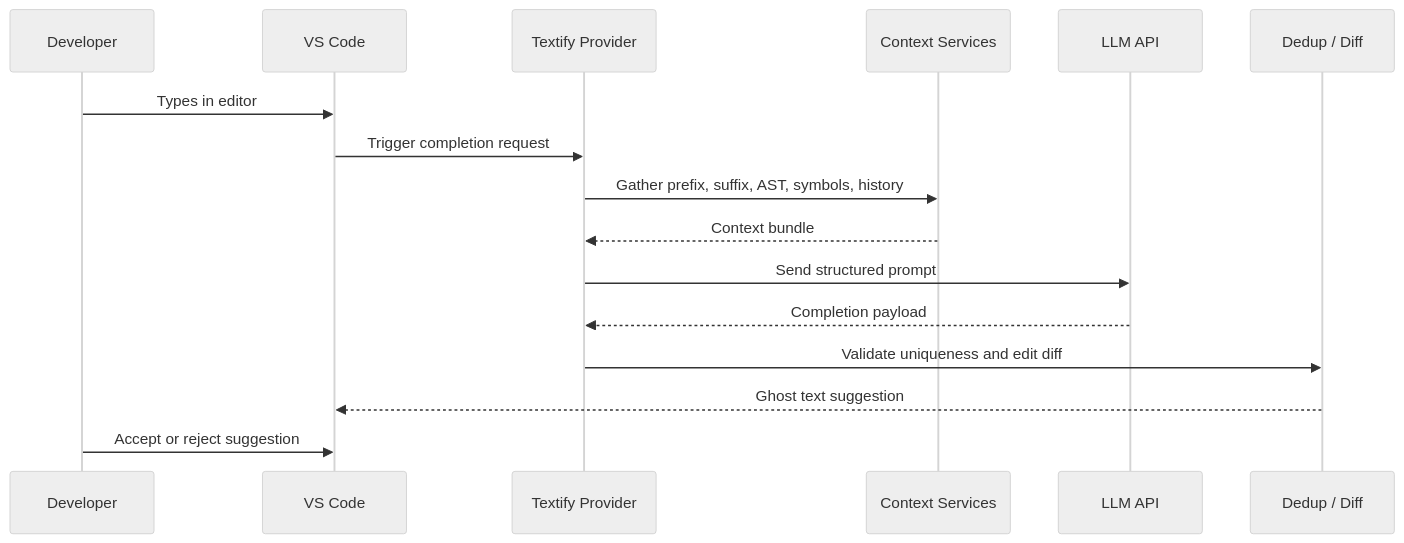
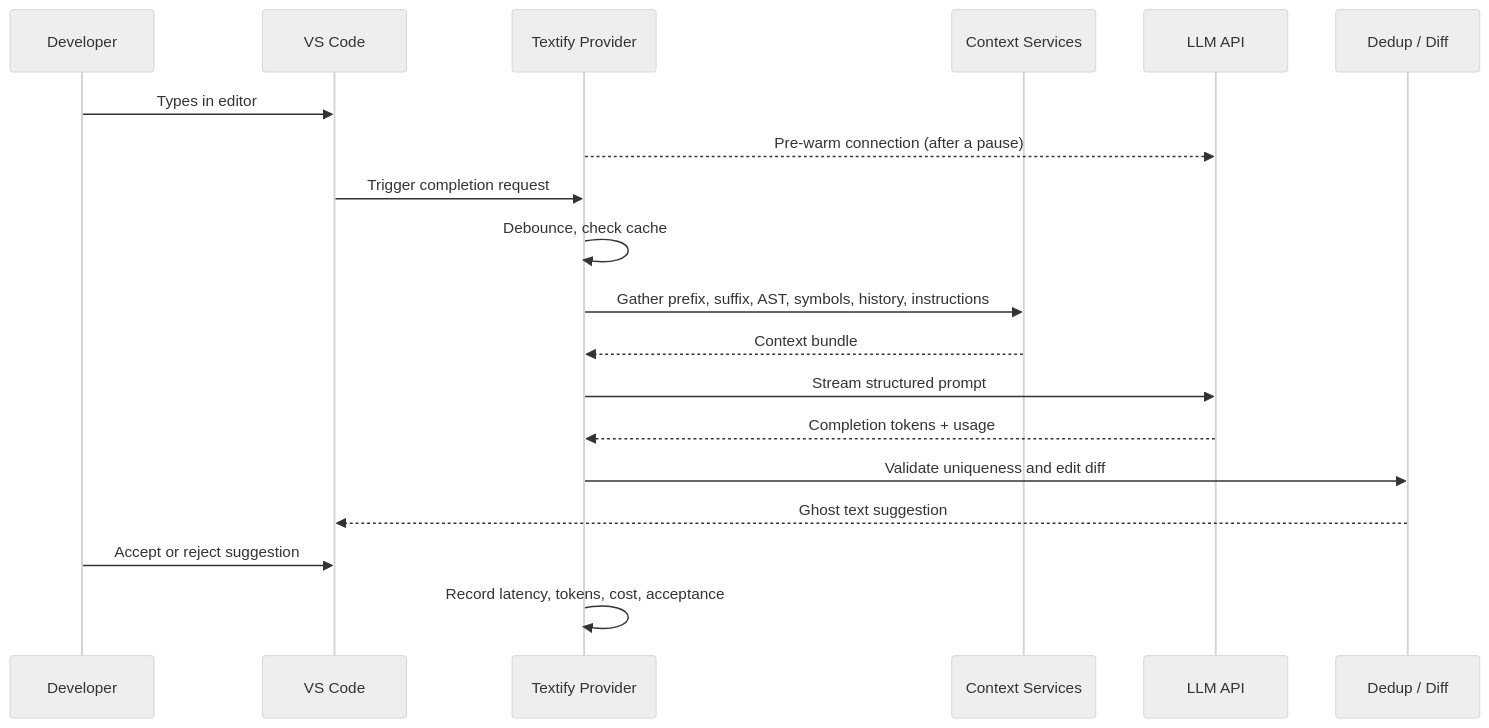
Before and after one commit to Birabhadra/Textify: the second of 2 diagrams in README.md, drawn with Mermaid (neutral theme). The commit also changed other lines of this file and 2 other files, not shown here.

Commit message:
update roadmap,readme files

````diff
--- a/README.md
+++ b/README.md
@@ -241,19 +278,22 @@
 ```mermaid
 sequenceDiagram
     participant User as Developer
     participant VS as VS Code
     participant T as Textify Provider
     participant C as Context Services
     participant L as LLM API
     participant D as Dedup / Diff
 
     User->>VS: Types in editor
+    T-->>L: Pre-warm connection (after a pause)
     VS->>T: Trigger completion request
-    T->>C: Gather prefix, suffix, AST, symbols, history
+    T->>T: Debounce, check cache
+    T->>C: Gather prefix, suffix, AST, symbols, history, instructions
     C-->>T: Context bundle
-    T->>L: Send structured prompt
-    L-->>T: Completion payload
+    T->>L: Stream structured prompt
+    L-->>T: Completion tokens + usage
     T->>D: Validate uniqueness and edit diff
     D-->>VS: Ghost text suggestion
     User->>VS: Accept or reject suggestion
+    T->>T: Record latency, tokens, cost, acceptance
 ```
````
